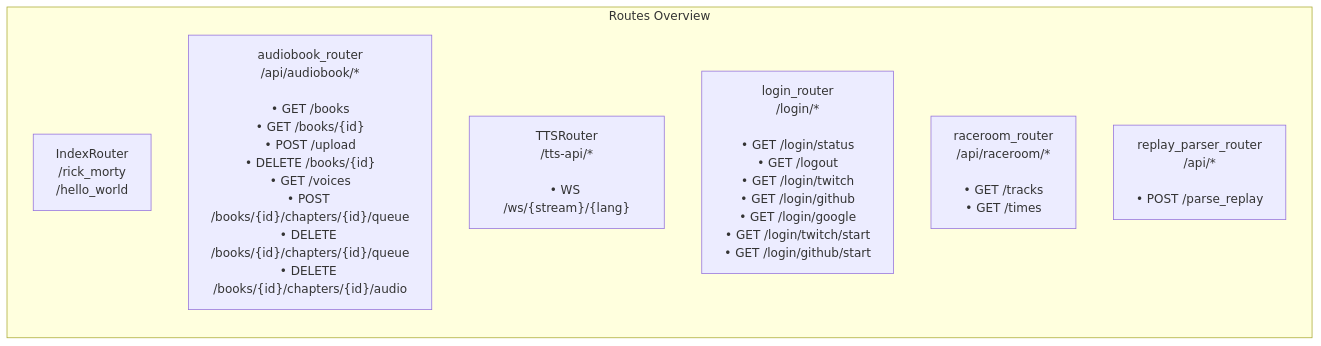
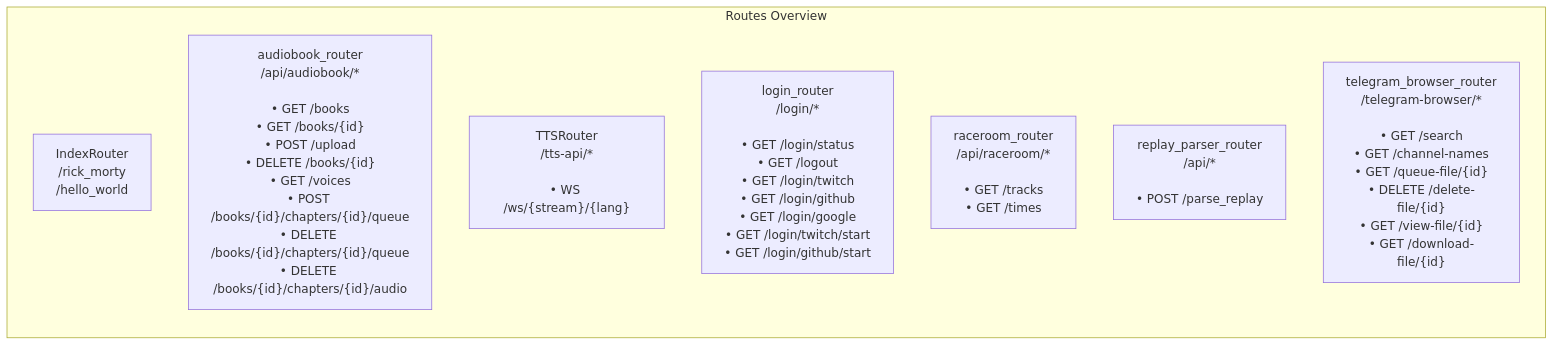
One commit to BurnySc2/monorepo changed the seventh of 7 diagrams in fastapi_server/README.md. Above: the diagram before and after it, drawn with Mermaid. The commit also changed other lines of this file and 4 other files, not shown here.

Commit message:
Add channel names endpoint

````diff
--- a/fastapi_server/README.md
+++ b/fastapi_server/README.md
@@ -275,12 +276,13 @@
 ```mermaid
 flowchart LR
     subgraph Routes["Routes Overview"]
         direction TB
         index["IndexRouter<br/>/rick_morty<br/>/hello_world"]
         audiobook["audiobook_router<br/>/api/audiobook/*<br/><br/>• GET /books<br/>• GET /books/{id}<br/>• POST /upload<br/>• DELETE /books/{id}<br/>• GET /voices<br/>• POST /books/{id}/chapters/{id}/queue<br/>• DELETE /books/{id}/chapters/{id}/queue<br/>• DELETE /books/{id}/chapters/{id}/audio"]
         tts["TTSRouter<br/>/tts-api/*<br/><br/>• WS /ws/{stream}/{lang}"]
         login["login_router<br/>/login/*<br/><br/>• GET /login/status<br/>• GET /logout<br/>• GET /login/twitch<br/>• GET /login/github<br/>• GET /login/google<br/>• GET /login/twitch/start<br/>• GET /login/github/start"]
         raceroom["raceroom_router<br/>/api/raceroom/*<br/><br/>• GET /tracks<br/>• GET /times"]
         replay["replay_parser_router<br/>/api/*<br/><br/>• POST /parse_replay"]
+        telegram["telegram_browser_router<br/>/telegram-browser/*<br/><br/>• GET /search<br/>• GET /channel-names<br/>• GET /queue-file/{id}<br/>• DELETE /delete-file/{id}<br/>• GET /view-file/{id}<br/>• GET /download-file/{id}"]
     end
 ```
````
